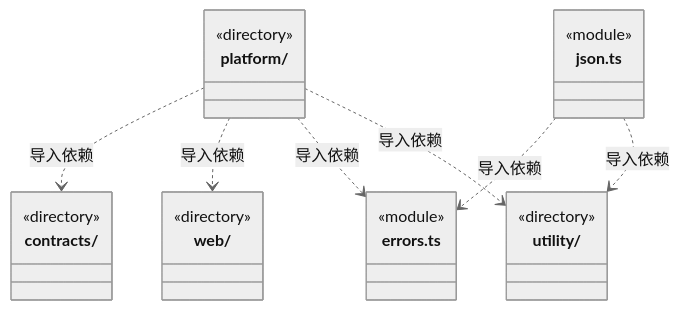
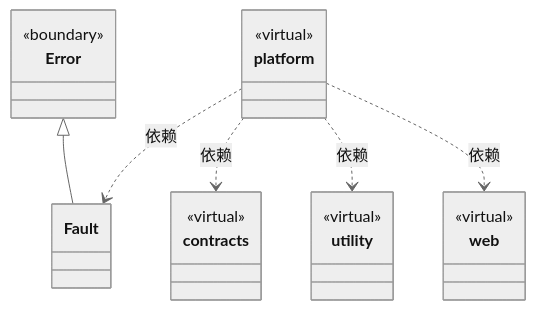
The first of 2 diagrams in src/core/ARCHITECTURE.md (nan023062/cbim), drawn with Mermaid (neutral theme) before and after one commit. The commit also changed other lines of this file and 158 other files, not shown here.

Commit message:
docs: model architecture through nested virtual encapsulations

````diff
--- a/src/core/ARCHITECTURE.md
+++ b/src/core/ARCHITECTURE.md
@@ -76,27 +24,29 @@
 ```mermaid
 classDiagram
-class N_src_core_contracts["contracts/"] {
-  <<directory>>
+class N_03e7b8297943["platform"] {
+  <<virtual>>
 }
-class N_src_core_platform["platform/"] {
-  <<directory>>
+click N_03e7b8297943 href "platform/ARCHITECTURE.md"
+class N_e6a2b581180b["Fault"]
+click N_e6a2b581180b href "errors.ts"
+class N_42bebffebb81["contracts"] {
+  <<virtual>>
 }
-class N_src_core_utility["utility/"] {
-  <<directory>>
+click N_42bebffebb81 href "contracts/ARCHITECTURE.md"
+class N_6b03175635dd["utility"] {
+  <<virtual>>
 }
-class N_src_core_web["web/"] {
-  <<directory>>
+click N_6b03175635dd href "utility/ARCHITECTURE.md"
+class N_0fab5d07aef1["web"] {
+  <<virtual>>
 }
-class N_src_core_errors_ts["errors.ts"] {
-  <<module>>
+click N_0fab5d07aef1 href "web/ARCHITECTURE.md"
+class N_b7b436f4eeb9["Error"] {
+  <<boundary>>
 }
-class N_src_core_json_ts["json.ts"] {
-  <<module>>
-}
-N_src_core_json_ts ..> N_src_core_errors_ts : 导入依赖
-N_src_core_json_ts ..> N_src_core_utility : 导入依赖
-N_src_core_platform ..> N_src_core_contracts : 导入依赖
-N_src_core_platform ..> N_src_core_web : 导入依赖
-N_src_core_platform ..> N_src_core_errors_ts : 导入依赖
-N_src_core_platform ..> N_src_core_utility : 导入依赖
+N_b7b436f4eeb9 <|-- N_e6a2b581180b
+N_03e7b8297943 ..> N_e6a2b581180b : 依赖
+N_03e7b8297943 ..> N_42bebffebb81 : 依赖
+N_03e7b8297943 ..> N_6b03175635dd : 依赖
+N_03e7b8297943 ..> N_0fab5d07aef1 : 依赖
 ```
````
